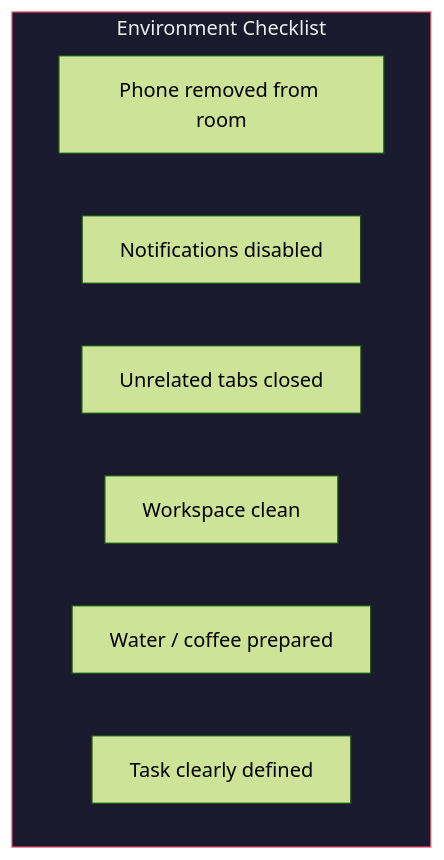
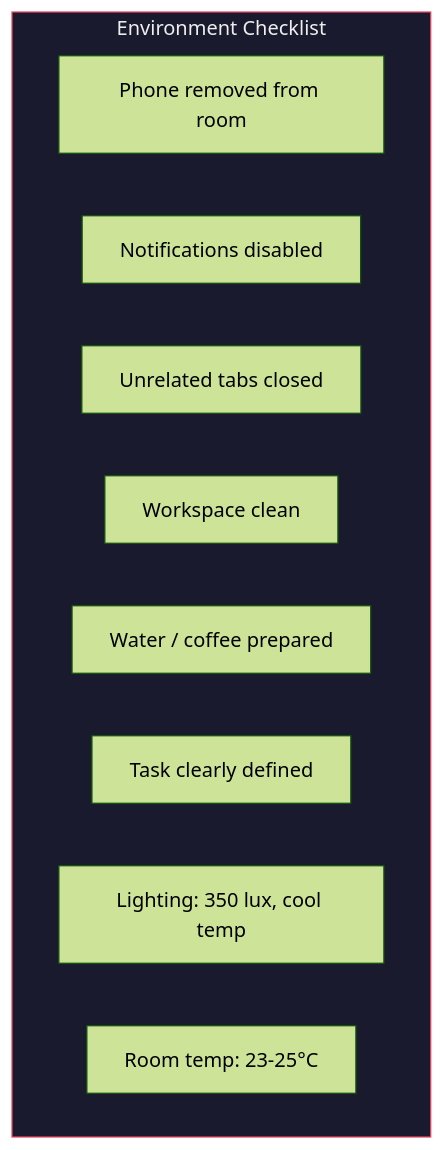
Before and after one commit to Cyvid7-Darus10/peak-self: the first of 10 diagrams in focus/flow-state-protocol.md, drawn with Mermaid (forest theme). The commit also changed other lines of this file and 4 other files, not shown here.

````diff
--- a/focus/flow-state-protocol.md
+++ b/focus/flow-state-protocol.md
@@ -18,12 +21,14 @@
 ```mermaid
 flowchart TB
     subgraph checklist["Environment Checklist"]
         A["Phone removed from room"]
         B["Notifications disabled"]
         C["Unrelated tabs closed"]
         D["Workspace clean"]
         E["Water / coffee prepared"]
         F["Task clearly defined"]
+        G["Lighting: 350 lux, cool temp"]
+        H["Room temp: 23-25°C"]
     end
     style checklist fill:#1a1a2e,stroke:#e94560,color:#eee
 ```
````
